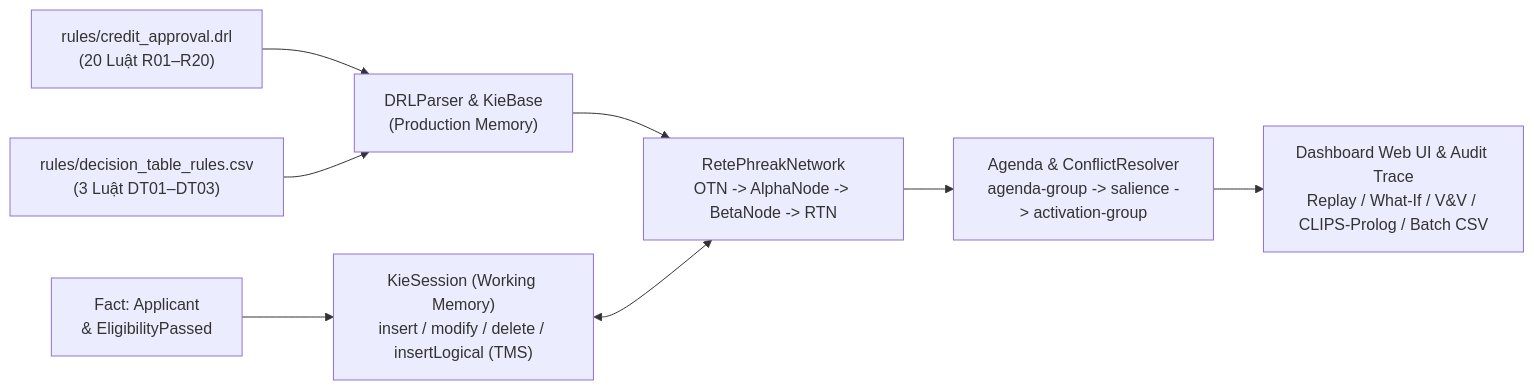
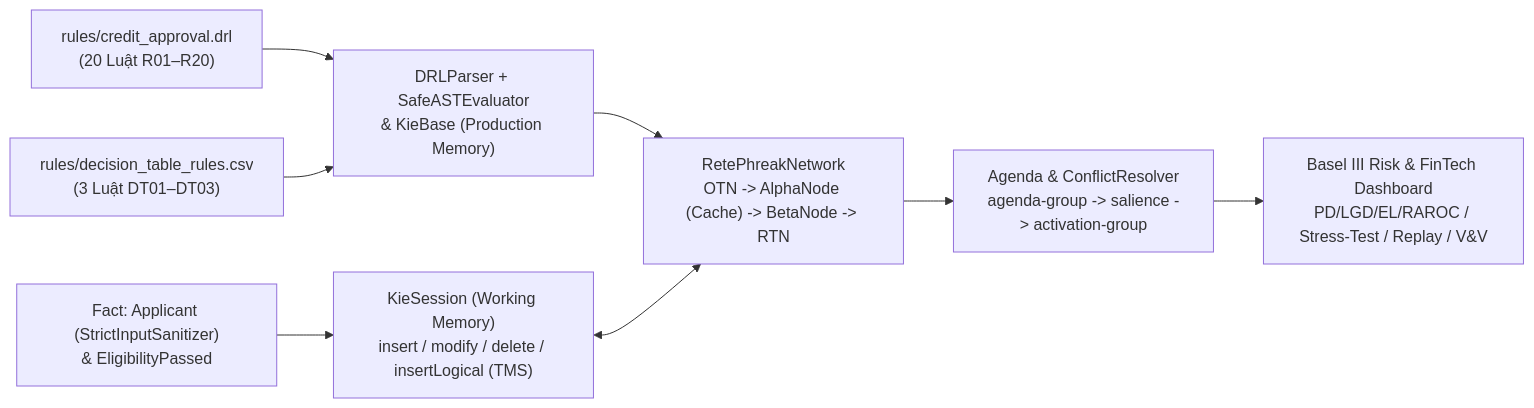
One commit to Vipwar/dss-nhom1-de08-drools changed the diagram in README.md. Above: the diagram before and after it, drawn with Mermaid. The commit also changed other lines of this file and 14 other files, not shown here.

Commit message:
Nang cap V3 Ultimate: SafeASTEvaluator, Alpha Memory Cache, Basel III & Stress-Testing, RFC 4180 CSV, Fuzzing 100 Ho so (28/28 Tests Pass)

````diff
--- a/README.md
+++ b/README.md
@@ -23,10 +24,10 @@
 ```mermaid
 flowchart LR
-    DRL["rules/credit_approval.drl\n(20 Luật R01–R20)"] --> Parser["DRLParser & KieBase\n(Production Memory)"]
+    DRL["rules/credit_approval.drl\n(20 Luật R01–R20)"] --> Parser["DRLParser + SafeASTEvaluator\n& KieBase (Production Memory)"]
     DT["rules/decision_table_rules.csv\n(3 Luật DT01–DT03)"] --> Parser
-    Parser --> Rete["RetePhreakNetwork\nOTN -> AlphaNode -> BetaNode -> RTN"]
-    App["Fact: Applicant\n& EligibilityPassed"] --> KS["KieSession (Working Memory)\ninsert / modify / delete / insertLogical (TMS)"]
+    Parser --> Rete["RetePhreakNetwork\nOTN -> AlphaNode (Cache) -> BetaNode -> RTN"]
+    App["Fact: Applicant (StrictInputSanitizer)\n& EligibilityPassed"] --> KS["KieSession (Working Memory)\ninsert / modify / delete / insertLogical (TMS)"]
     KS <--> Rete
     Rete --> Agenda["Agenda & ConflictResolver\nagenda-group -> salience -> activation-group"]
-    Agenda --> Trace["Dashboard Web UI & Audit Trace\nReplay / What-If / V&V / CLIPS-Prolog / Batch CSV"]
+    Agenda --> Trace["Basel III Risk & FinTech Dashboard\nPD/LGD/EL/RAROC / Stress-Test / Replay / V&V"]
 ```
````
